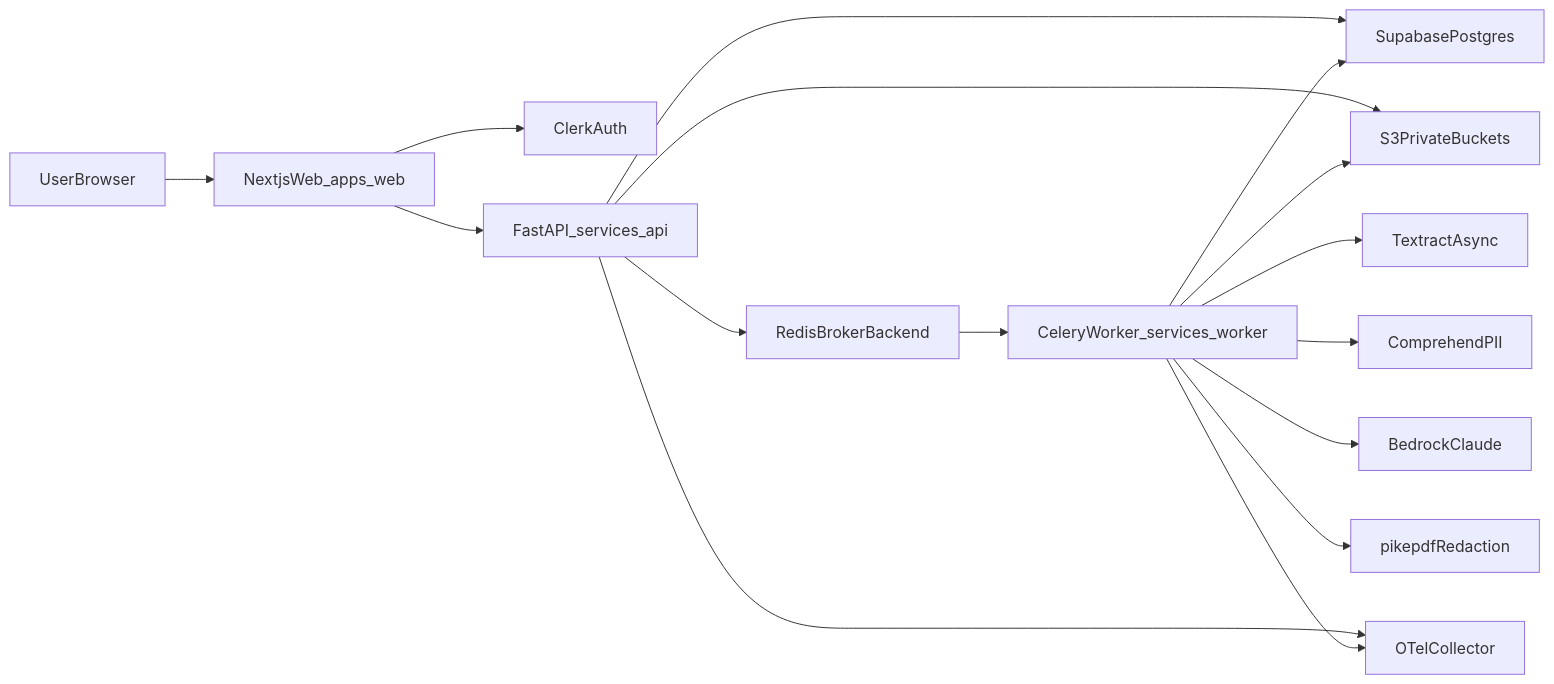
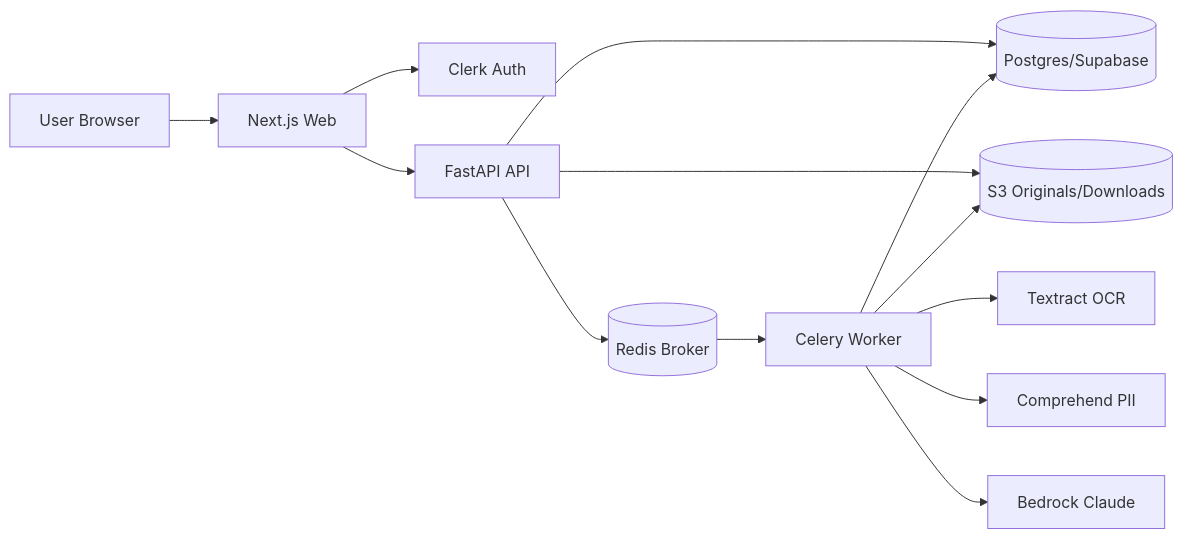
The diagram in docs/architecture.md (omer1203/redacTLDR), drawn with Mermaid before and after one commit. The commit also changed other lines of this file and 19 other files, not shown here.

First line of the commit message:
Record R0 progress and the rule to update the roadmap as phases land.

````diff
--- a/docs/architecture.md
+++ b/docs/architecture.md
@@ -11,18 +15,15 @@
 ```mermaid
 flowchart LR
-  user[UserBrowser] --> web[NextjsWeb_apps_web]
-  web --> clerk[ClerkAuth]
-  web --> api[FastAPI_services_api]
-  api --> db[SupabasePostgres]
-  api --> s3[S3PrivateBuckets]
-  api --> redis[RedisBrokerBackend]
-  api --> otel[OTelCollector]
-  redis --> worker[CeleryWorker_services_worker]
-  worker --> textract[TextractAsync]
-  worker --> comprehend[ComprehendPII]
-  worker --> bedrock[BedrockClaude]
-  worker --> pikepdf[pikepdfRedaction]
+  browser[User Browser] --> web[Next.js Web]
+  web --> clerk[Clerk Auth]
+  web --> api[FastAPI API]
+  api --> db[(Postgres/Supabase)]
+  api --> s3[(S3 Originals/Downloads)]
+  api --> redis[(Redis Broker)]
+  redis --> worker[Celery Worker]
+  worker --> textract[Textract OCR]
+  worker --> comprehend[Comprehend PII]
+  worker --> bedrock[Bedrock Claude]
   worker --> db
   worker --> s3
-  worker --> otel
 ```
````
